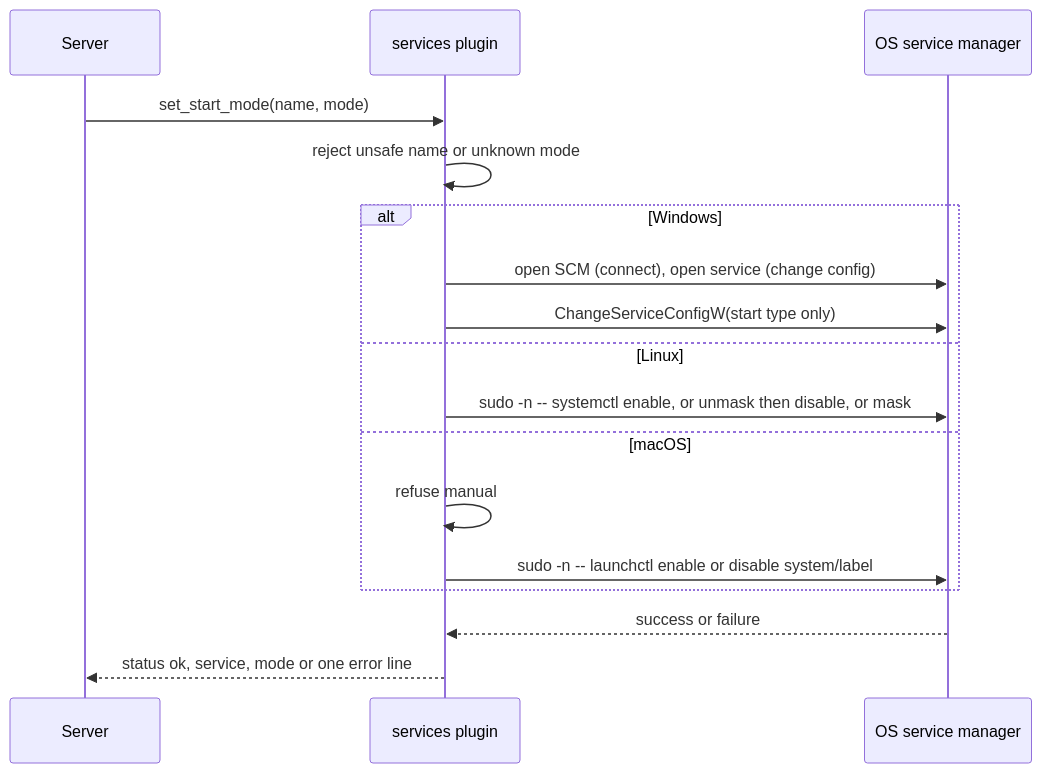
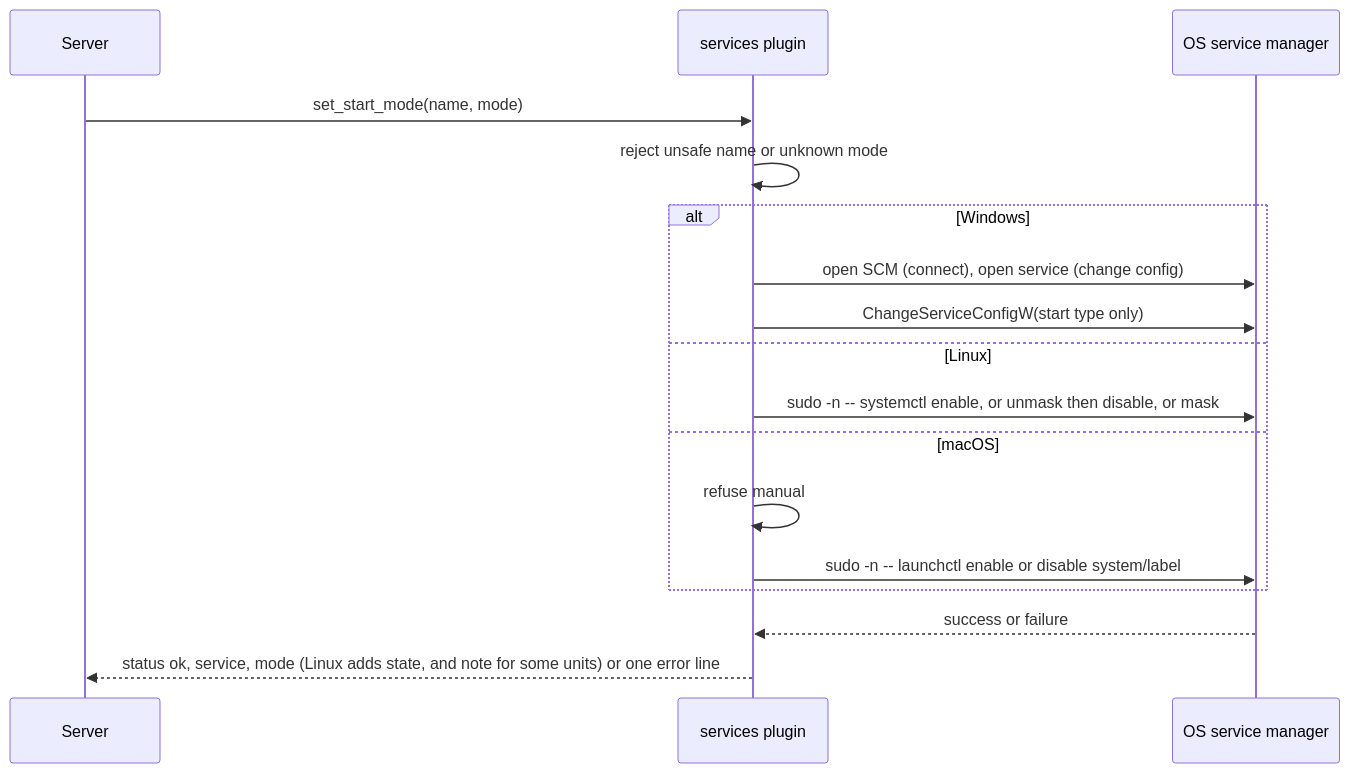
Before and after one commit to DevNullLtd/Yuzu: the second of 3 diagrams in agents/plugins/services/README.md, drawn with Mermaid. The commit also changed other lines of this file and 15 other files, not shown here.

````diff
--- a/agents/plugins/services/README.md
+++ b/agents/plugins/services/README.md
@@ -53,19 +53,19 @@
 ```mermaid
 sequenceDiagram
   participant S as Server
   participant P as services plugin
   participant O as OS service manager
   S->>P: set_start_mode(name, mode)
   P->>P: reject unsafe name or unknown mode
   alt Windows
     P->>O: open SCM (connect), open service (change config)
     P->>O: ChangeServiceConfigW(start type only)
   else Linux
     P->>O: sudo -n -- systemctl enable, or unmask then disable, or mask
   else macOS
     P->>P: refuse manual
     P->>O: sudo -n -- launchctl enable or disable system/label
   end
   O-->>P: success or failure
-  P-->>S: status ok, service, mode  or  one error line
+  P-->>S: status ok, service, mode (Linux adds state, and note for some units)  or  one error line
 ```
````
